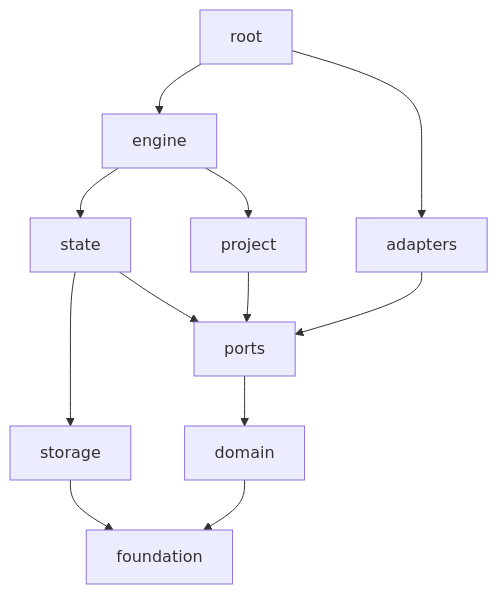
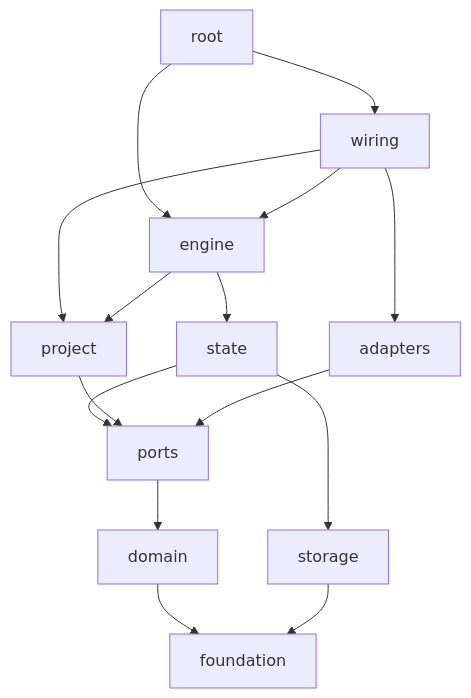
One commit to Zepp333333/factory changed the diagram in docs/architecture/dependencies.md. Above: the diagram before and after it, drawn with Mermaid. The commit also changed other lines of this file and 12 other files, not shown here.

First line of the commit message:
Add a wiring module with Machine and a registry per port, and let the project file name the Executor, Sandbox kind and Workbench

````diff
--- a/docs/architecture/dependencies.md
+++ b/docs/architecture/dependencies.md
@@ -26,14 +28,17 @@
 ```mermaid
 flowchart TD
+    root --> wiring
     root --> engine
-    root --> adapters
+    wiring --> engine
+    wiring --> adapters
+    wiring --> project
     engine --> state
     engine --> project
     state --> storage
     state --> ports
     project --> ports
     adapters --> ports
     ports --> domain
     domain --> foundation
     storage --> foundation
 ```
````
